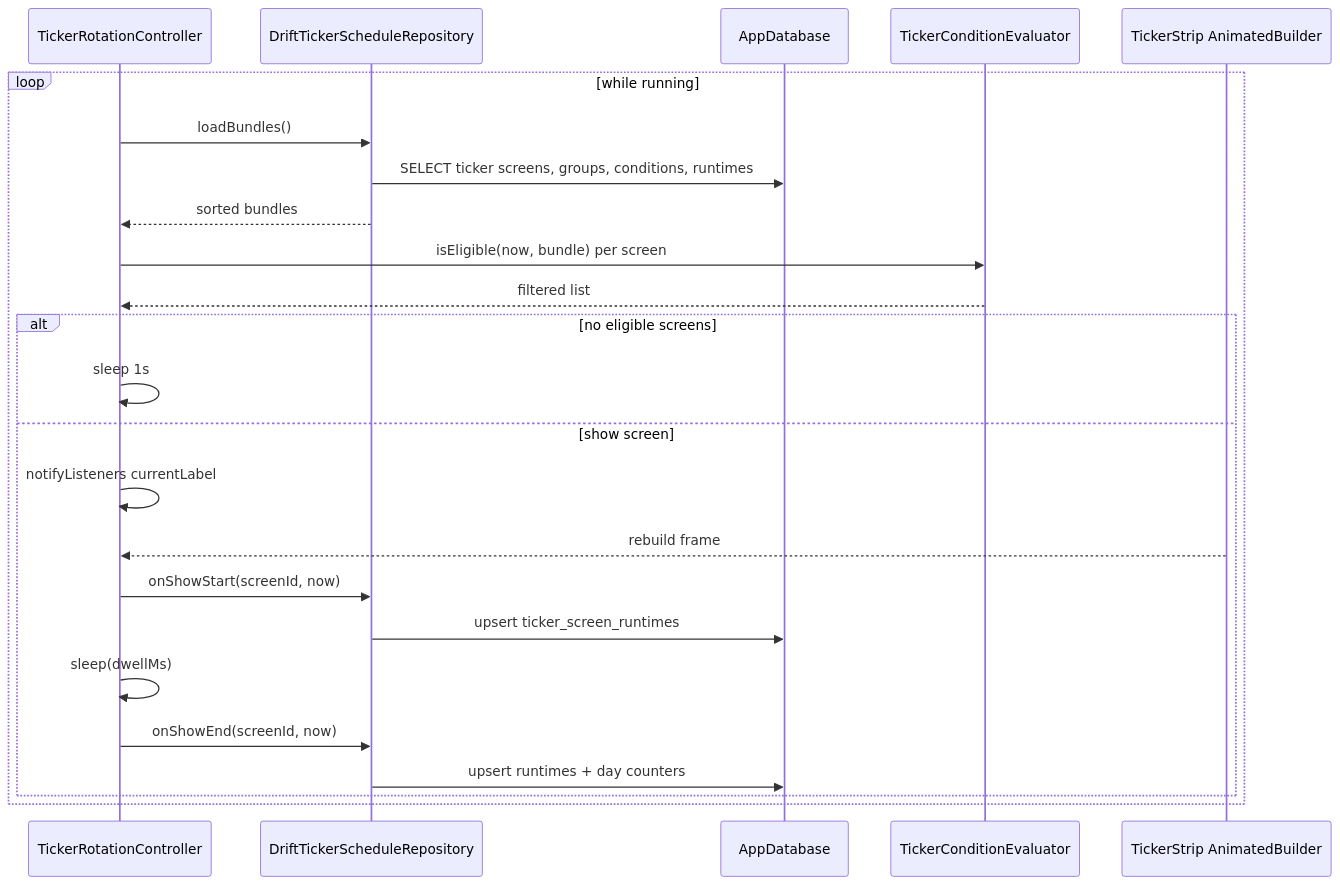
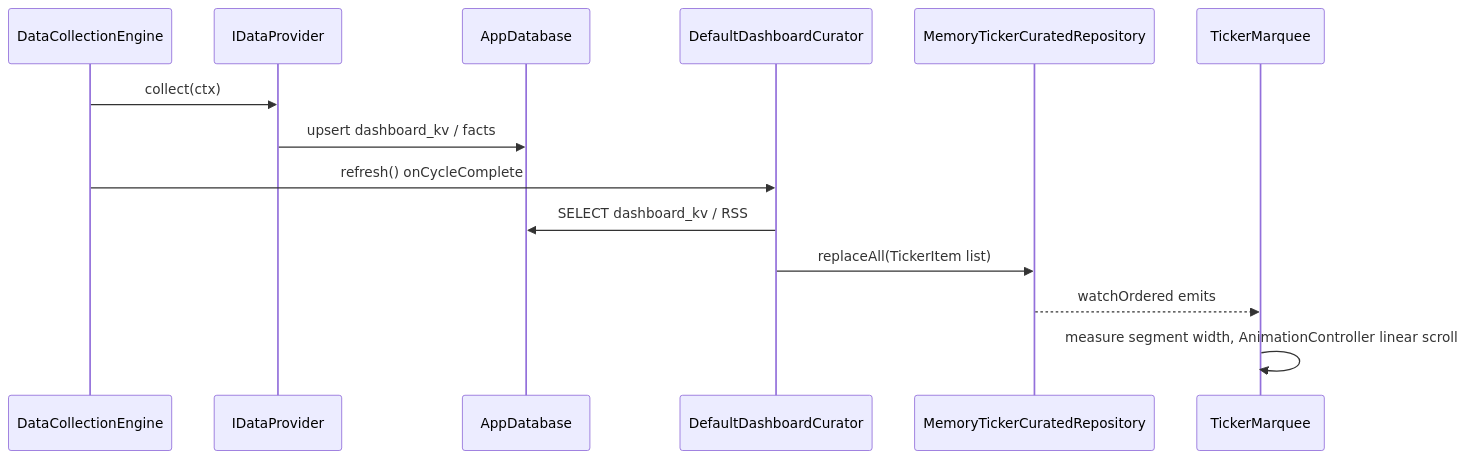
The fifth of 5 diagrams in apps/waddle_view/ARCHITECTURE.md (dukk/waddle-view), drawn with Mermaid before and after one commit. The commit also changed other lines of this file and 108 other files, not shown here.

````diff
--- a/apps/waddle_view/ARCHITECTURE.md
+++ b/apps/waddle_view/ARCHITECTURE.md
@@ -213,27 +222,17 @@
 ```mermaid
 sequenceDiagram
-  participant Tic as TickerRotationController
-  participant Rep as DriftTickerScheduleRepository
+  participant Eng as DataCollectionEngine
+  participant P as IDataProvider
   participant DB as AppDatabase
-  participant Ev as TickerConditionEvaluator
-  participant UI as TickerStrip AnimatedBuilder
+  participant Cur as DefaultDashboardCurator
+  participant Rep as MemoryTickerCuratedRepository
+  participant UI as TickerMarquee
 
-  loop while running
-    Tic->>Rep: loadBundles()
-    Rep->>DB: SELECT ticker screens, groups, conditions, runtimes
-    Rep-->>Tic: sorted bundles
-    Tic->>Ev: isEligible(now, bundle) per screen
-    Ev-->>Tic: filtered list
-    alt no eligible screens
-      Tic->>Tic: sleep 1s
-    else show screen
-      Tic->>Tic: notifyListeners currentLabel
-      UI-->>Tic: rebuild frame
-      Tic->>Rep: onShowStart(screenId, now)
-      Rep->>DB: upsert ticker_screen_runtimes
-      Tic->>Tic: sleep(dwellMs)
-      Tic->>Rep: onShowEnd(screenId, now)
-      Rep->>DB: upsert runtimes + day counters
-    end
-  end
+  Eng->>P: collect(ctx)
+  P->>DB: upsert dashboard_kv / facts
+  Eng->>Cur: refresh() onCycleComplete
+  Cur->>DB: SELECT dashboard_kv / RSS
+  Cur->>Rep: replaceAll(TickerItem list)
+  Rep-->>UI: watchOrdered emits
+  UI->>UI: measure segment width, AnimationController linear scroll
 ```
````
